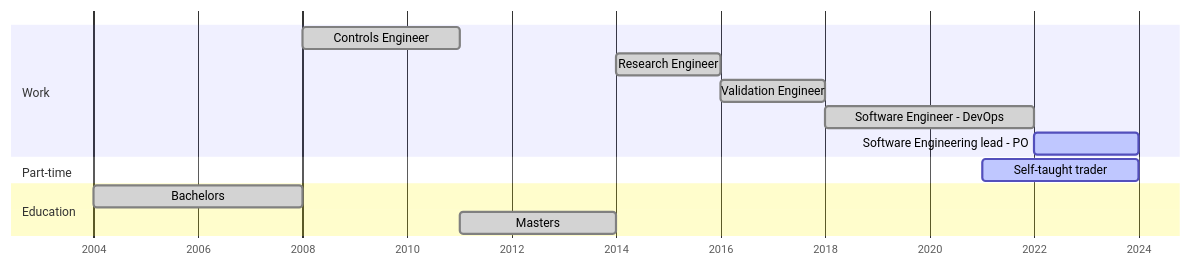
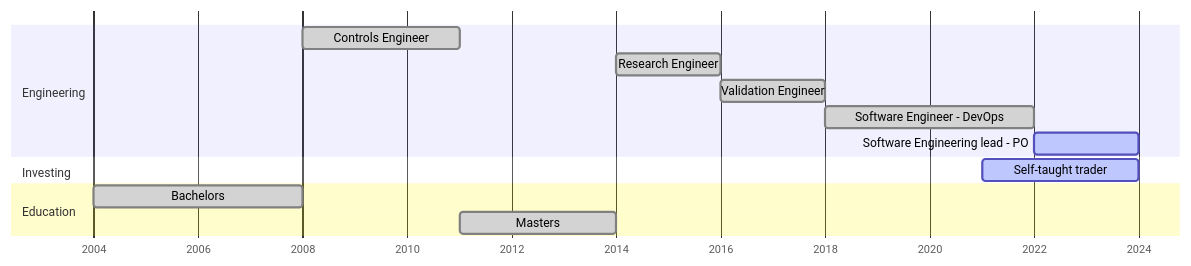
One commit to kar-ven/kar-ven.github.io changed the diagram in README.md. Above: the diagram before and after it, drawn with Mermaid.

Commit message:
update gantt same as profile

```diff
--- a/README.md
+++ b/README.md
@@ -2,17 +2,17 @@
 <pre class="mermaid">
 gantt
     dateFormat YYYY
     axisFormat %Y
     todayMarker stroke-width:2px, stroke-linecap:round, stroke-dasharray:10, stroke:black, opacity:0.3
-    section Work
+    section Engineering
     Controls Engineer                  :done, 2008, 2011
     Research Engineer                  :done, 2014, 2016
     Validation Engineer                :done, 2016, 2018
     Software Engineer - DevOps         :done, 2018, 2022
     Software Engineering lead - PO     :active, 2022, 2024
-    Section Part-time
+    Section Investing
     Self-taught trader                 :active, 2021, 2024
     Section Education
     Bachelors                          :done, 2004, 2008
     Masters                            :done, 2011, 2014
 </pre>
```
